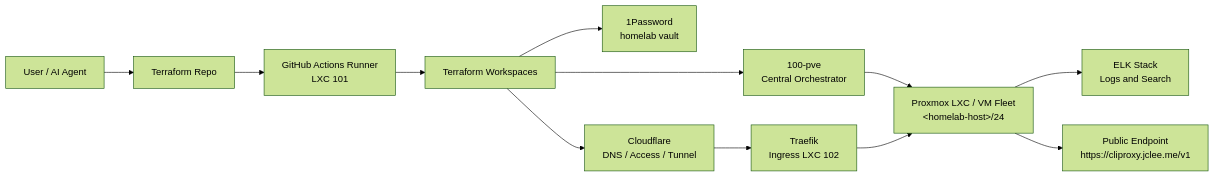
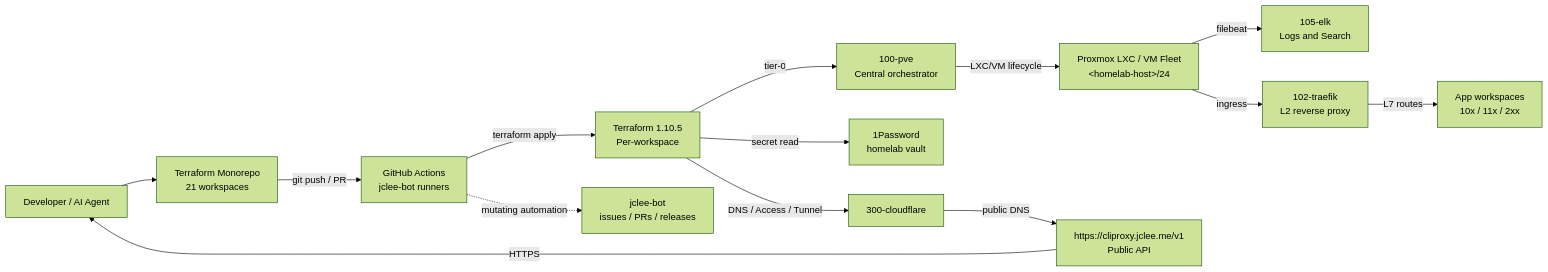
One commit to jclee941/terraform changed the first of 2 diagrams in README.md. Above: the diagram before and after it, drawn with Mermaid (forest theme). The commit also changed other lines of this file, not shown here.

````diff
--- a/README.md
+++ b/README.md
@@ -83,14 +55,16 @@
 ```mermaid
 flowchart LR
-  Agent["User / AI Agent"] --> Repo["Terraform Repo"]
-  Repo --> CI["GitHub Actions Runner<br/>LXC 101"]
-  CI --> TF["Terraform Workspaces"]
-  TF --> PVE["100-pve<br/>Central Orchestrator"]
-  PVE --> Fleet["Proxmox LXC / VM Fleet<br/>&lt;homelab-host&gt;/24"]
-  TF --> OP["1Password<br/>homelab vault"]
-  TF --> CF["Cloudflare<br/>DNS / Access / Tunnel"]
-  Fleet --> ELK["ELK Stack<br/>Logs and Search"]
-  CF --> Traefik["Traefik<br/>Ingress LXC 102"]
-  Traefik --> Fleet
-  Fleet --> Public["Public Endpoint<br/>https://cliproxy.jclee.me/v1"]
+  Dev["Developer / AI Agent"] --> Repo["Terraform Monorepo<br/>21 workspaces"]
+  Repo -->|git push / PR| CI["GitHub Actions<br/>jclee-bot runners"]
+  CI -->|terraform apply| TF["Terraform 1.10.5<br/>Per-workspace"]
+  TF -->|tier-0| PVE["100-pve<br/>Central orchestrator"]
+  PVE -->|LXC/VM lifecycle| Fleet["Proxmox LXC / VM Fleet<br/>&lt;homelab-host&gt;/24"]
+  TF -->|secret read| OP["1Password<br/>homelab vault"]
+  TF -->|DNS / Access / Tunnel| CF["300-cloudflare"]
+  Fleet -->|filebeat| ELK["105-elk<br/>Logs and Search"]
+  Fleet -->|ingress| Traefik["102-traefik<br/>L2 reverse proxy"]
+  Traefik -->|L7 routes| Apps["App workspaces<br/>10x / 11x / 2xx"]
+  CF -->|public DNS| Public["https://cliproxy.jclee.me/v1<br/>Public API"]
+  Public -->|HTTPS| Dev
+  CI -.->|mutating automation| Bot["jclee-bot<br/>issues / PRs / releases"]
 ```
````
